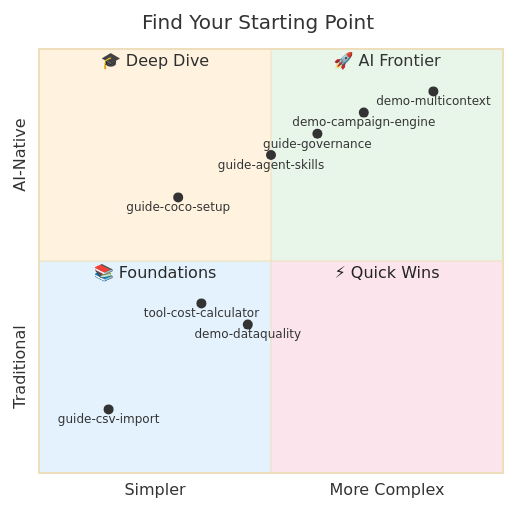
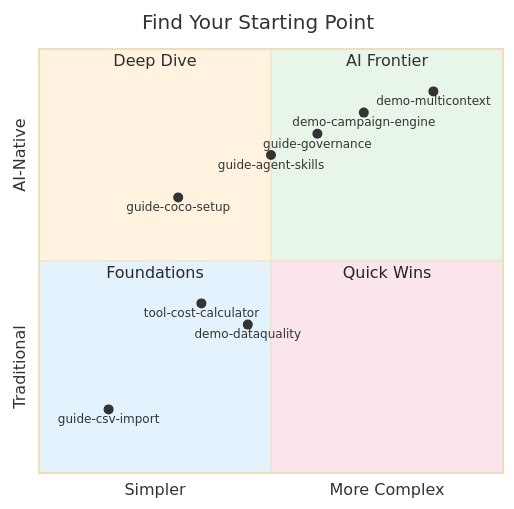
One commit to sfc-gh-miwhitaker/sfe-public changed the first of 2 diagrams in README.md. Above: the diagram before and after it, drawn with Mermaid. The commit also changed 8 other files, not shown here.

First line of the commit message:
docs: update README files with new mermaid diagrams for enhanced visualization

````diff
--- a/README.md
+++ b/README.md
@@ -10,19 +10,19 @@
 ```mermaid
 %%{init: {'theme': 'base', 'themeVariables': { 'quadrant1Fill': '#e8f5e9', 'quadrant2Fill': '#fff3e0', 'quadrant3Fill': '#e3f2fd', 'quadrant4Fill': '#fce4ec'}}}%%
 quadrantChart
     title Find Your Starting Point
     x-axis Simpler --> More Complex
     y-axis Traditional --> AI-Native
-    quadrant-1 🚀 AI Frontier
-    quadrant-2 🎓 Deep Dive
-    quadrant-3 📚 Foundations
-    quadrant-4 ⚡ Quick Wins
+    quadrant-1 AI Frontier
+    quadrant-2 Deep Dive
+    quadrant-3 Foundations
+    quadrant-4 Quick Wins
     guide-csv-import: [0.15, 0.15]
     guide-coco-setup: [0.3, 0.65]
     tool-cost-calculator: [0.35, 0.4]
     demo-dataquality: [0.45, 0.35]
     guide-agent-skills: [0.5, 0.75]
     demo-campaign-engine: [0.7, 0.85]
     demo-multicontext: [0.85, 0.9]
     guide-governance: [0.6, 0.8]
 ```
````
